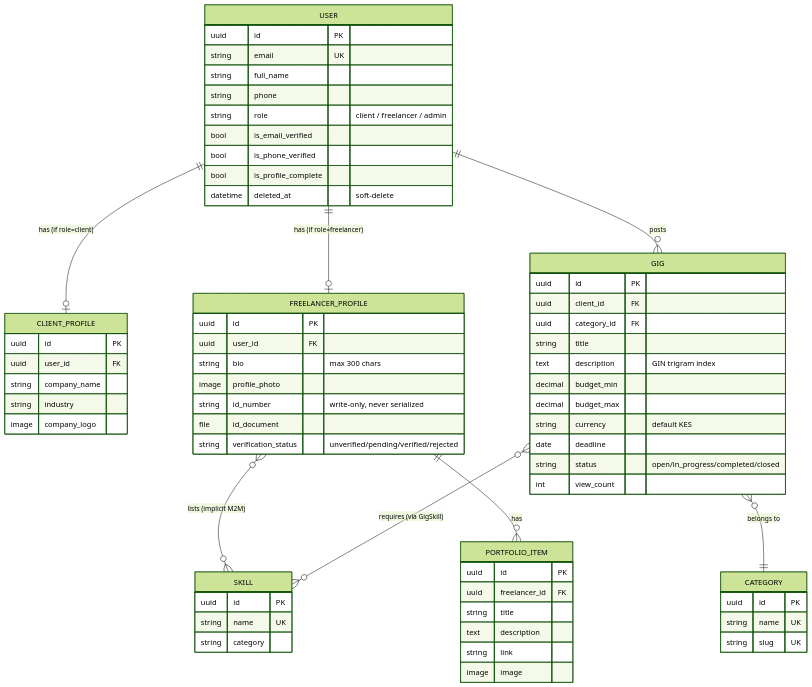
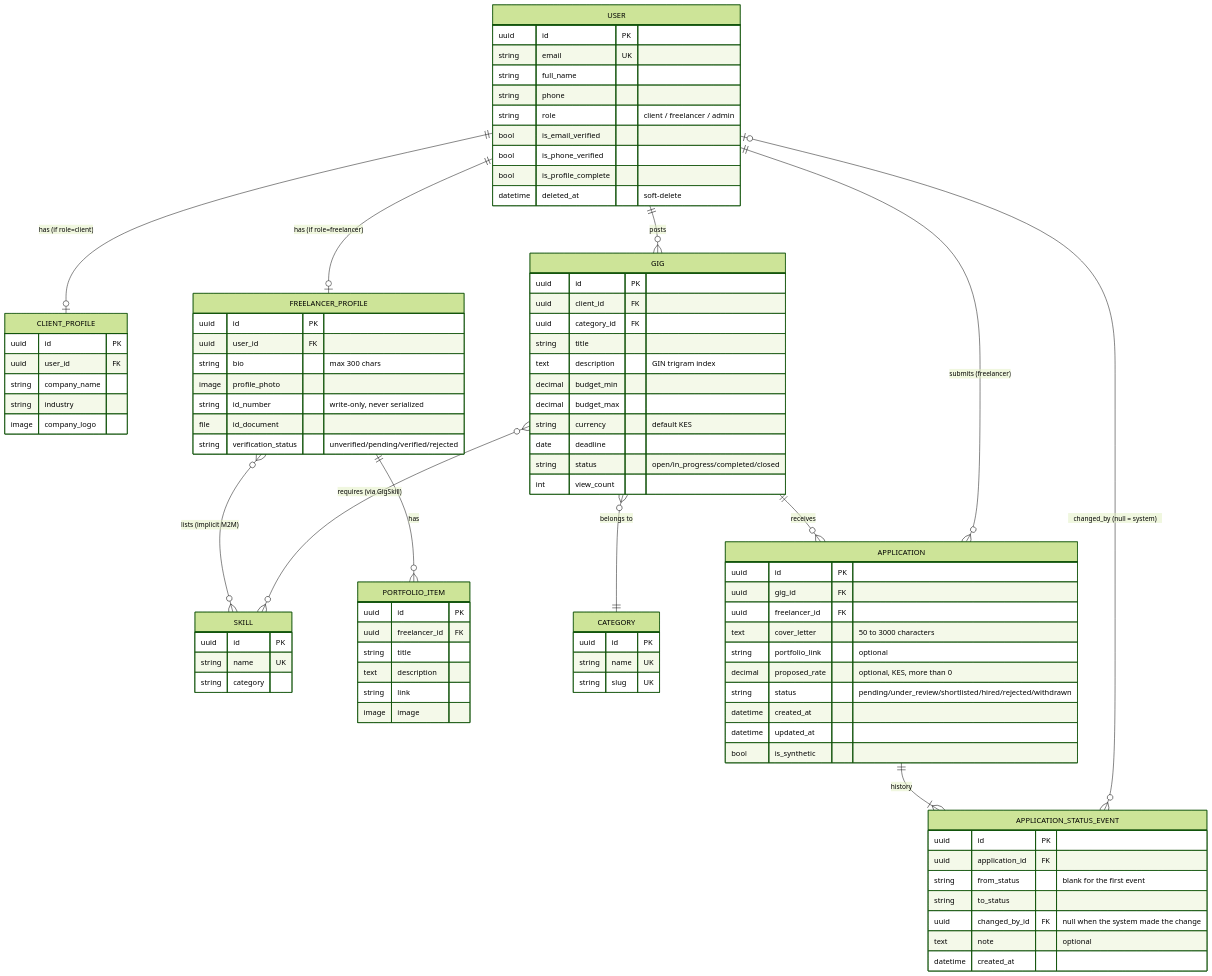
Before and after one commit to SIMPLICIOUSWACH/gigconnect: the diagram in docs/erd.md, drawn with Mermaid (forest theme). The commit also changed other lines of this file and 1 other file, not shown here.

Commit message:
Document applications in the API reference and ERD

````diff
--- a/docs/erd.md
+++ b/docs/erd.md
@@ -13,6 +14,10 @@
     FREELANCER_PROFILE ||--o{ PORTFOLIO_ITEM : has
     GIG }o--|| CATEGORY : "belongs to"
     GIG }o--o{ SKILL : "requires (via GigSkill)"
+    GIG ||--o{ APPLICATION : receives
+    USER ||--o{ APPLICATION : "submits (freelancer)"
+    APPLICATION ||--|{ APPLICATION_STATUS_EVENT : "history"
+    USER |o--o{ APPLICATION_STATUS_EVENT : "changed_by (null = system)"
 
     USER {
         uuid id PK
@@ -78,4 +83,27 @@
         string status "open/in_progress/completed/closed"
         int view_count
     }
+
+    APPLICATION {
+        uuid id PK
+        uuid gig_id FK
+        uuid freelancer_id FK
+        text cover_letter "50 to 3000 characters"
+        string portfolio_link "optional"
+        decimal proposed_rate "optional, KES, more than 0"
+        string status "pending/under_review/shortlisted/hired/rejected/withdrawn"
+        datetime created_at
+        datetime updated_at
+        bool is_synthetic
+    }
+
+    APPLICATION_STATUS_EVENT {
+        uuid id PK
+        uuid application_id FK
+        string from_status "blank for the first event"
+        string to_status
+        uuid changed_by_id FK "null when the system made the change"
+        text note "optional"
+        datetime created_at
+    }
 ```
````
